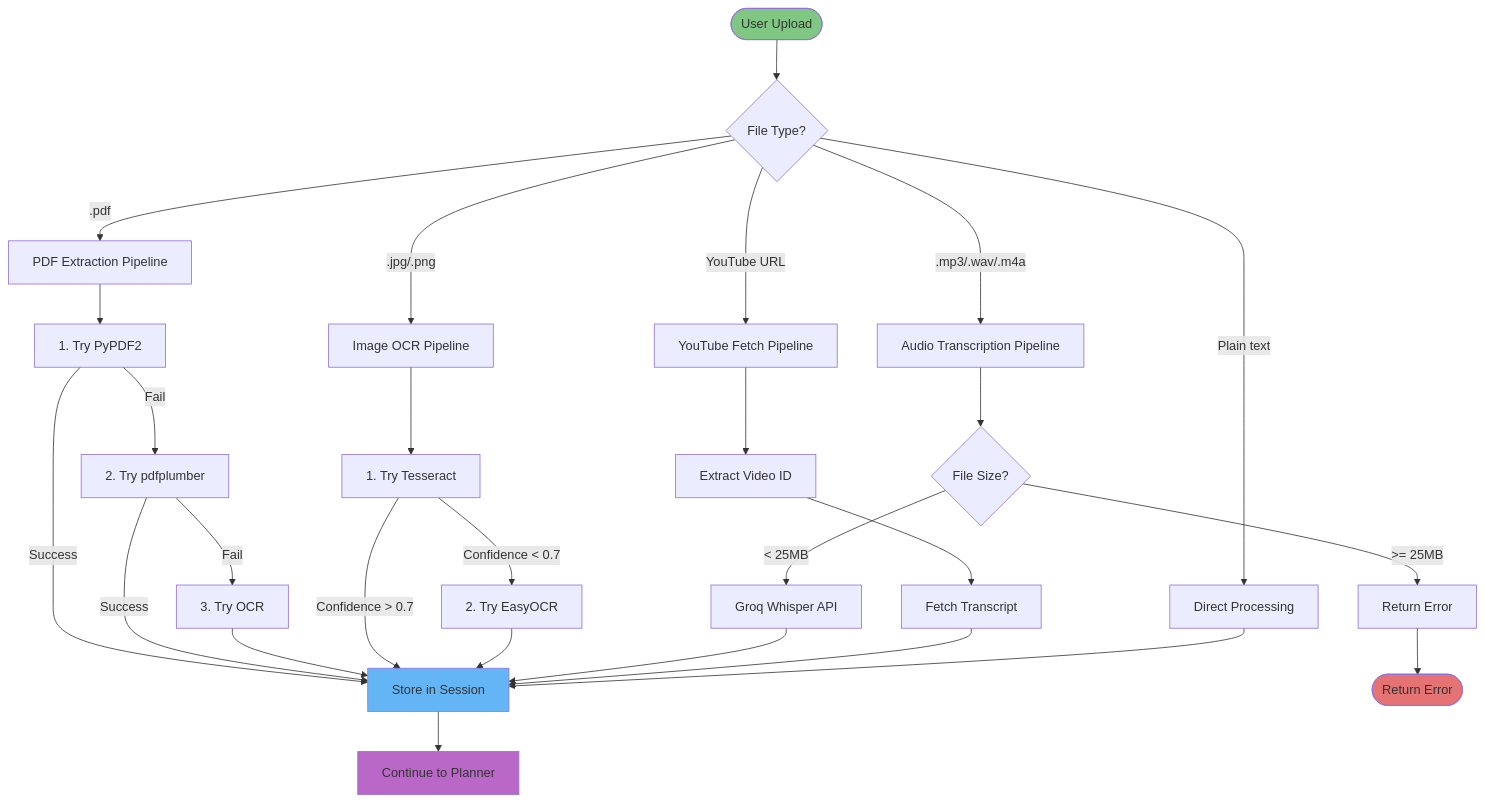
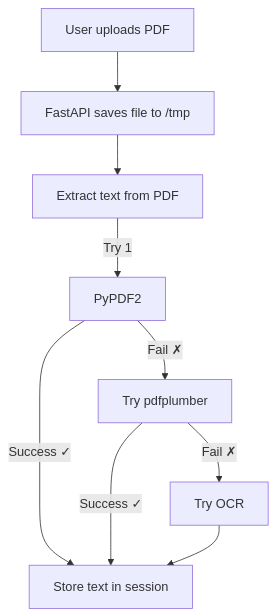
One commit to aryan-balodi/DSAI changed the second of 7 diagrams in ARCHITECTURE.md. Above: the diagram before and after it, drawn with Mermaid. The commit also changed other lines of this file and 1 other file, not shown here.

````diff
--- a/ARCHITECTURE.md
+++ b/ARCHITECTURE.md
@@ -320,41 +31,11 @@
 ```mermaid
-flowchart TD
-    Start([User Upload]) --> Check{File Type?}
-    
-    Check -->|.pdf| PDF[PDF Extraction Pipeline]
-    Check -->|.jpg/.png| Image[Image OCR Pipeline]
-    Check -->|.mp3/.wav/.m4a| Audio[Audio Transcription Pipeline]
-    Check -->|YouTube URL| YouTube[YouTube Fetch Pipeline]
-    Check -->|Plain text| Text[Direct Processing]
-    
-    PDF --> PDF1[1. Try PyPDF2]
-    PDF1 -->|Success| Store[Store in Session]
-    PDF1 -->|Fail| PDF2[2. Try pdfplumber]
-    PDF2 -->|Success| Store
-    PDF2 -->|Fail| PDF3[3. Try OCR]
-    PDF3 --> Store
-    
-    Image --> OCR1[1. Try Tesseract]
-    OCR1 -->|Confidence > 0.7| Store
-    OCR1 -->|Confidence < 0.7| OCR2[2. Try EasyOCR]
-    OCR2 --> Store
-    
-    Audio --> Size{File Size?}
-    Size -->|< 25MB| Whisper[Groq Whisper API]
-    Size -->|>= 25MB| Error1[Return Error]
-    Whisper --> Store
-    
-    YouTube --> YT1[Extract Video ID]
-    YT1 --> YT2[Fetch Transcript]
-    YT2 --> Store
-    
-    Text --> Store
-    
-    Store --> Planner[Continue to Planner]
-    Error1 --> End([Return Error])
-    
-    style Start fill:#81c784
-    style End fill:#e57373
-    style Store fill:#64b5f6
-    style Planner fill:#ba68c8
+graph TD
+    Start[User uploads PDF] --> API[FastAPI saves file to /tmp]
+    API --> Extract[Extract text from PDF]
+    Extract -->|Try 1| PyPDF[PyPDF2]
+    PyPDF -->|Success ✓| Store[Store text in session]
+    PyPDF -->|Fail ✗| Fallback[Try pdfplumber]
+    Fallback -->|Success ✓| Store
+    Fallback -->|Fail ✗| OCR[Try OCR]
+    OCR --> Store
 ```
````
